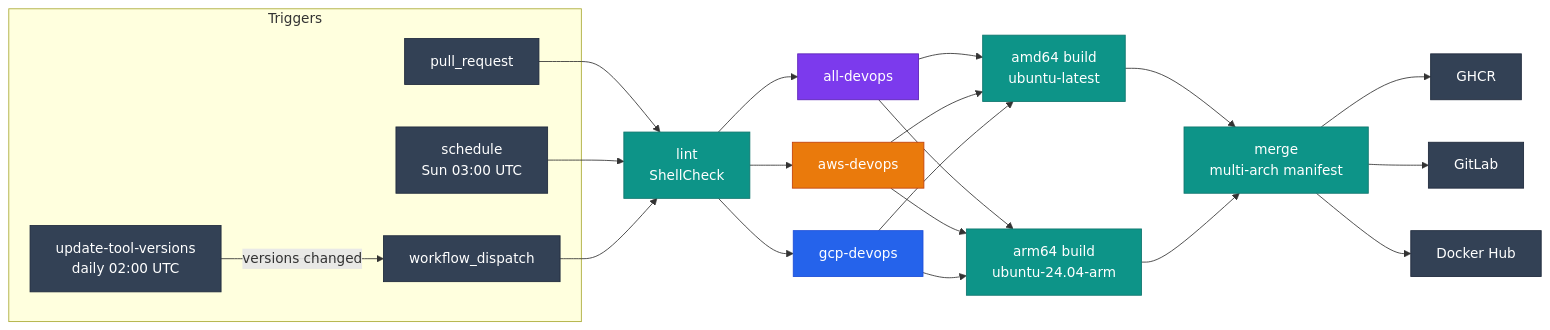
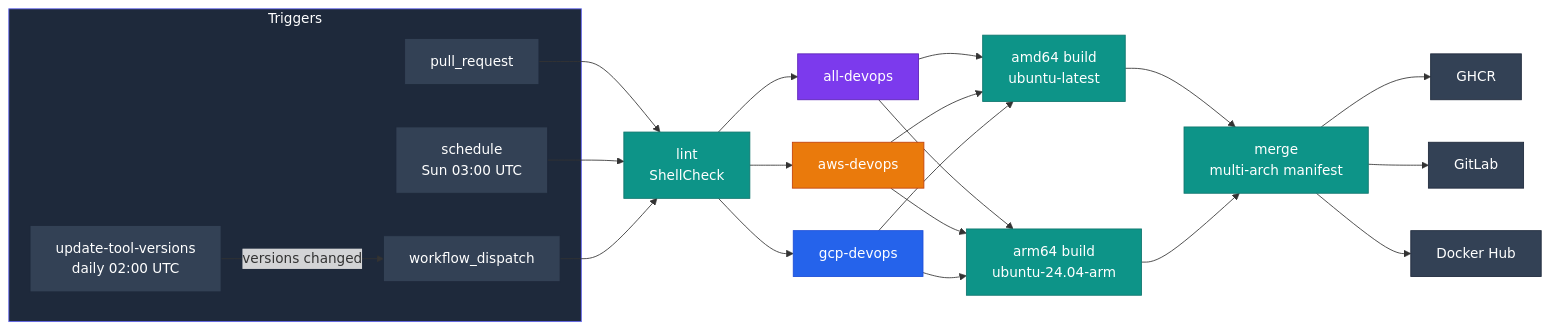
The second of 2 diagrams in docs/architecture/cloud-layers.md (jinalshah/devops-images), drawn with Mermaid before and after one commit. The commit also changed 6 other files, not shown here.

First line of the commit message:
Finish docs accuracy and visual pass; make diagrams readable

````diff
--- a/docs/architecture/cloud-layers.md
+++ b/docs/architecture/cloud-layers.md
@@ -97,31 +97,32 @@
 ```mermaid
 flowchart LR
   subgraph Triggers
     PR["pull_request"]
     S["schedule<br/>Sun 03:00 UTC"]
     M["workflow_dispatch"]
     U["update-tool-versions<br/>daily 02:00 UTC"]
   end
   U -- "versions changed" --> M
   PR & S & M --> L["lint<br/>ShellCheck"]
   L --> JA["all-devops"]
   L --> JW["aws-devops"]
   L --> JG["gcp-devops"]
   JA & JW & JG --> BA["amd64 build<br/>ubuntu-latest"]
   JA & JW & JG --> BR["arm64 build<br/>ubuntu-24.04-arm"]
   BA & BR --> MF["merge<br/>multi-arch manifest"]
   MF --> GH["GHCR"]
   MF --> GL["GitLab"]
   MF --> DH["Docker Hub"]
 
   classDef neutral fill:#334155,stroke:#1e293b,color:#fff
   classDef base fill:#0d9488,stroke:#0f766e,color:#fff
   classDef all fill:#7c3aed,stroke:#5b21b6,color:#fff
   classDef aws fill:#ea7a0c,stroke:#c2410c,color:#fff
   classDef gcp fill:#2563eb,stroke:#1d4ed8,color:#fff
   class PR,S,M,U,GH,GL,DH neutral
   class L,BA,BR,MF base
   class JA all
   class JW aws
   class JG gcp
+  style Triggers fill:#1e293b,stroke:#6366f1,color:#fff
 ```
````
